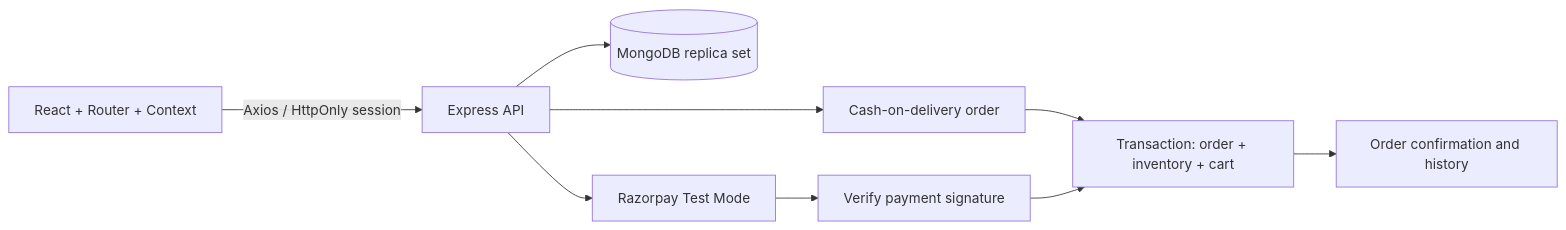
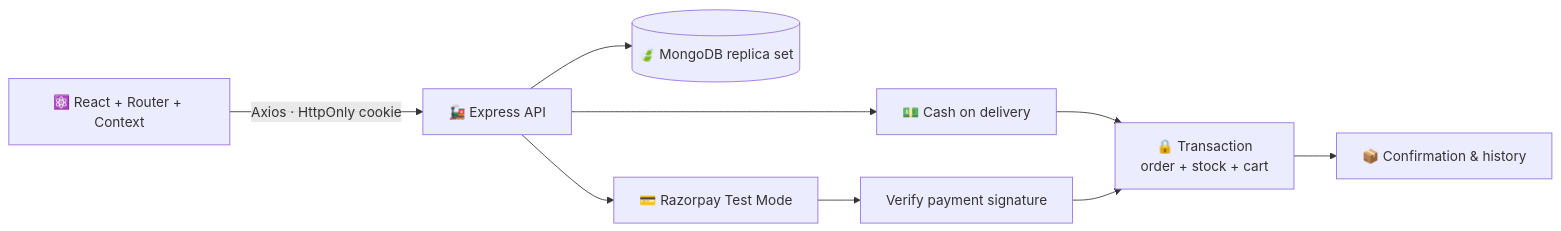
The first of 2 diagrams in README.md (kartikeyajay2006/2nd-Year-MERN-P_S), drawn with Mermaid before and after one commit. The commit also changed other lines of this file and 24 other files, not shown here.

````diff
--- a/README.md
+++ b/README.md
@@ -79,11 +138,11 @@
 ```mermaid
 flowchart LR
-    UI[React + Router + Context] -->|Axios / HttpOnly session| API[Express API]
-    API --> DB[(MongoDB replica set)]
-    API --> COD[Cash-on-delivery order]
-    API --> RP[Razorpay Test Mode]
-    COD --> TX[Transaction: order + inventory + cart]
-    RP --> SIG[Verify payment signature]
+    UI["⚛️ React + Router + Context"] -->|"Axios · HttpOnly cookie"| API["🚂 Express API"]
+    API --> DB[("🍃 MongoDB replica set")]
+    API --> COD["💵 Cash on delivery"]
+    API --> RP["💳 Razorpay Test Mode"]
+    RP --> SIG["Verify payment signature"]
+    COD --> TX["🔒 Transaction<br/>order + stock + cart"]
     SIG --> TX
-    TX --> HISTORY[Order confirmation and history]
+    TX --> HIST["📦 Confirmation & history"]
 ```
````
